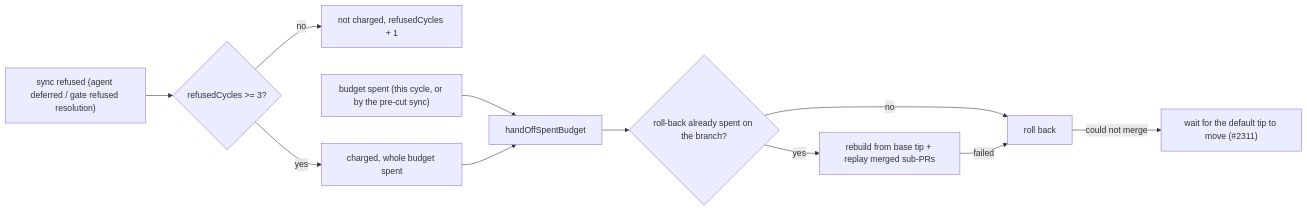
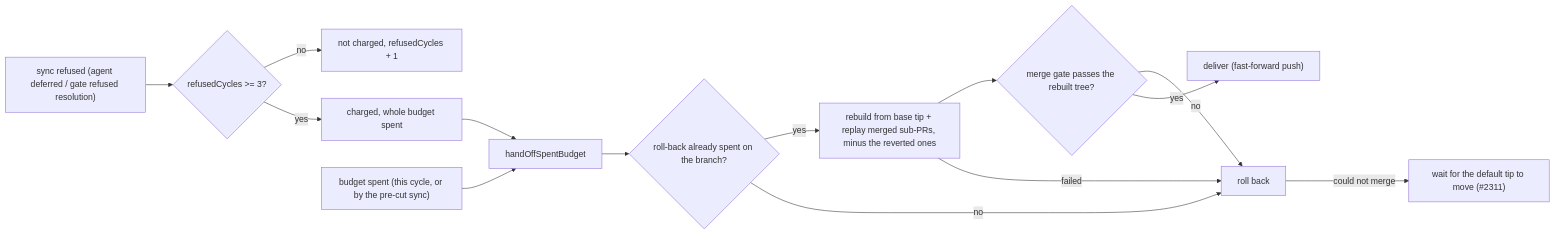
The diagram in docs/archive/pr-summaries/pr-summary-4328.md (stSoftwareAU/VibeCoder), drawn with Mermaid before and after one commit. The commit also changed other lines of this file and 8 other files, not shown here.

First line of the commit message:
Rebuild rung: leave reverted sub-PRs out and gate the rebuilt tree (PR #4344 review)

````diff
--- a/docs/archive/pr-summaries/pr-summary-4328.md
+++ b/docs/archive/pr-summaries/pr-summary-4328.md
@@ -12,13 +12,16 @@
 ```mermaid
 flowchart LR
     R["sync refused (agent deferred / gate refused resolution)"] --> C{"refusedCycles >= 3?"}
     C -- no --> N["not charged, refusedCycles + 1"]
     C -- yes --> X["charged, whole budget spent"]
     B["budget spent (this cycle, or by the pre-cut sync)"] --> H["handOffSpentBudget"]
     X --> H
     H --> Q{"roll-back already spent on the branch?"}
-    Q -- yes --> RB["rebuild from base tip + replay merged sub-PRs"]
+    Q -- yes --> RB["rebuild from base tip + replay merged sub-PRs, minus the reverted ones"]
+    RB --> G{"merge gate passes the rebuilt tree?"}
+    G -- no --> RO
     Q -- no --> RO["roll back"]
     RB -- failed --> RO
+    G -- yes --> D["deliver (fast-forward push)"]
     RO -- could not merge --> W["wait for the default tip to move (#2311)"]
 ```
````
